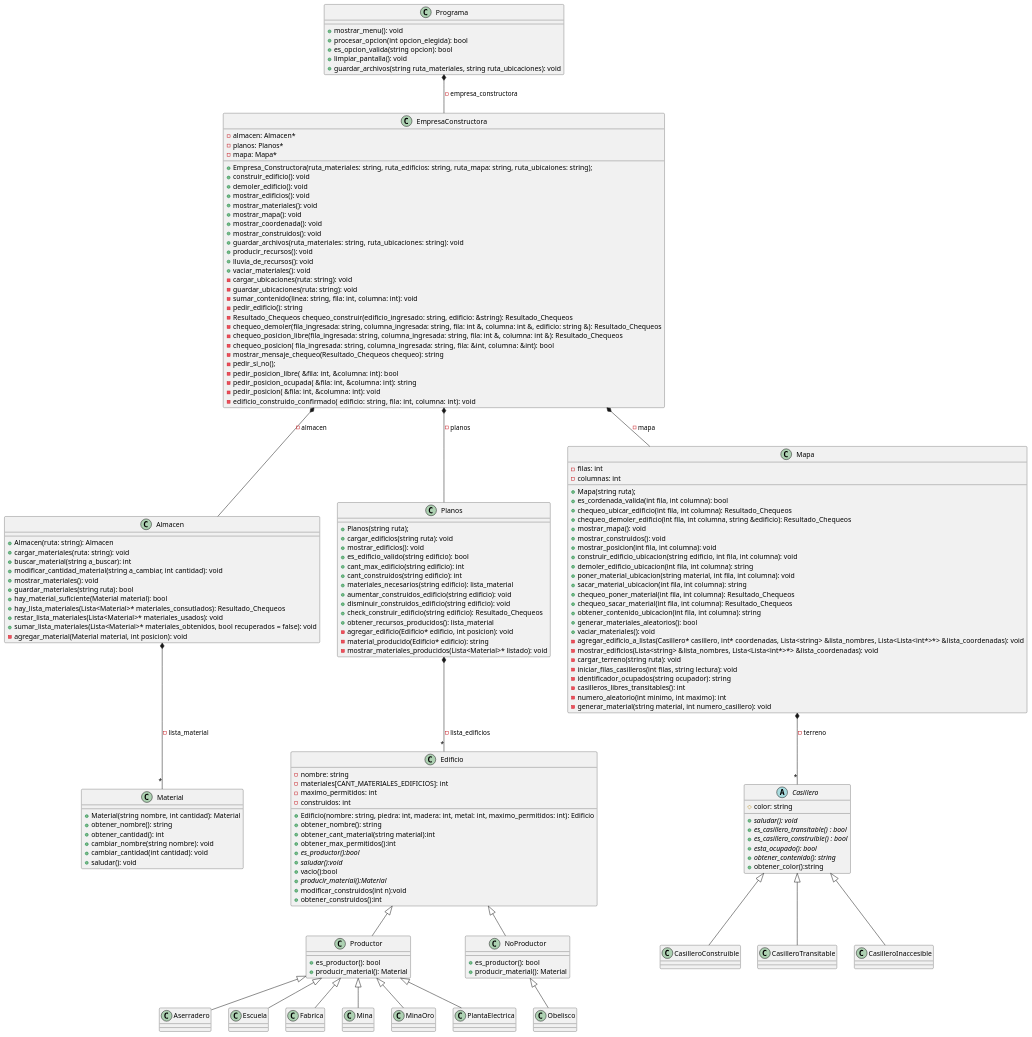
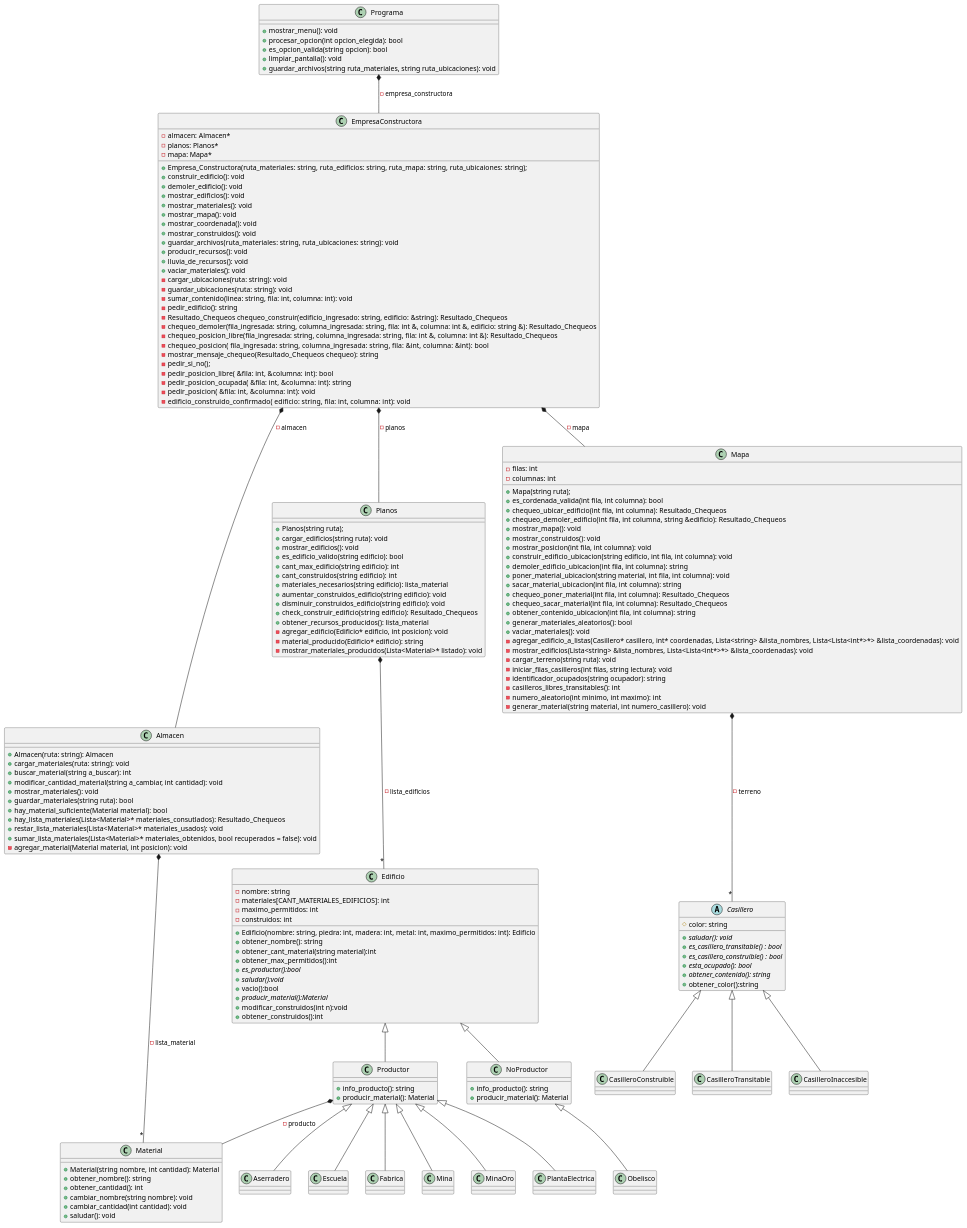
The diagram in TP3.wsd (jab227/TP3_Andypolis), drawn with PlantUML before and after one commit.

Commit message:
Actualizacion UML. Productor y No_Productor

```diff
--- a/TP3.wsd
+++ b/TP3.wsd
@@ -1,174 +1,180 @@
 @startuml TP3_PerfectCell
 ' Pueden utilizar https://plantuml-editor.kkeisuke.com/ para copiar y pegar el codigo. 
 ' La pagina tiene cheatsheet para ver la sintaxis. 
 skinparam SequenceMessageAlignment center
 class Almacen{
     + Almacen(ruta: string): Almacen
     + cargar_materiales(ruta: string): void
  	+ buscar_material(string a_buscar): int
     + modificar_cantidad_material(string a_cambiar, int cantidad): void
 	+ mostrar_materiales(): void 
     + guardar_materiales(string ruta): bool
     + hay_material_suficiente(Material material): bool
     + hay_lista_materiales(Lista<Material>* materiales_consutlados): Resultado_Chequeos
     + restar_lista_materiales(Lista<Material>* materiales_usados): void
  	+ sumar_lista_materiales(Lista<Material>* materiales_obtenidos, bool recuperados = false): void
     - agregar_material(Material material, int posicion): void
 
 }
 
 abstract class Casillero{
 	 # color: string
  	+ {abstract} saludar(): void
  	+ {abstract} es_casillero_transitable() : bool
  	+ {abstract} es_casillero_construible() : bool
 	+ {abstract} esta_ocupado(): bool
 	+ {abstract} obtener_contenido(): string
  	+ obtener_color():string
 }
 
 class Edificio{
 	- nombre: string
     - materiales[CANT_MATERIALES_EDIFICIOS]: int
 	- maximo_permitidos: int
 	- construidos: int
 
  	+ Edificio(nombre: string, piedra: int, madera: int, metal: int, maximo_permitidos: int): Edificio
     + obtener_nombre(): string
 	+ obtener_cant_material(string material):int
     + obtener_max_permitidos():int
 	+ {abstract} es_productor():bool
     + {abstract} saludar():void
     + vacio():bool
 	+ {abstract} producir_material():Material
 	+ modificar_construidos(int n):void
     + obtener_construidos():int
 
 }
 class EmpresaConstructora{
     - almacen: Almacen*
     - planos: Planos*
 	- mapa: Mapa*
 	+Empresa_Constructora(ruta_materiales: string, ruta_edificios: string, ruta_mapa: string, ruta_ubicaiones: string);
 	+ construir_edificio(): void
     + demoler_edificio(): void
 	+ mostrar_edificios(): void
 	+ mostrar_materiales(): void
 	+ mostrar_mapa(): void
 	+ mostrar_coordenada(): void
 	+ mostrar_construidos(): void
 	+ guardar_archivos(ruta_materiales: string, ruta_ubicaciones: string): void
     + producir_recursos(): void
     + lluvia_de_recursos(): void
     + vaciar_materiales(): void
     -cargar_ubicaciones(ruta: string): void
 	-guardar_ubicaciones(ruta: string): void
     -sumar_contenido(linea: string, fila: int, columna: int): void
 	-pedir_edificio(): string
 	-Resultado_Chequeos chequeo_construir(edificio_ingresado: string, edificio: &string): Resultado_Chequeos 
 	-chequeo_demoler(fila_ingresada: string, columna_ingresada: string, fila: int &, columna: int &, edificio: string &): Resultado_Chequeos
 	-chequeo_posicion_libre(fila_ingresada: string, columna_ingresada: string, fila: int &, columna: int &): Resultado_Chequeos
 	-chequeo_posicion( fila_ingresada: string,  columna_ingresada: string,  fila: &int, columna: &int): bool
 	-mostrar_mensaje_chequeo(Resultado_Chequeos chequeo): string
 	-pedir_si_no();
 	-pedir_posicion_libre( &fila: int,  &columna: int): bool
 	-pedir_posicion_ocupada( &fila: int,  &columna: int): string
 	-pedir_posicion( &fila: int,  &columna: int): void
     -edificio_construido_confirmado( edificio: string,  fila: int,  columna: int): void
 }
 class Planos{
     + Planos(string ruta);
 	+  cargar_edificios(string ruta): void
  	+  mostrar_edificios(): void
 	+  es_edificio_valido(string edificio): bool
 	+  cant_max_edificio(string edificio): int
     +  cant_construidos(string edificio): int
     +  materiales_necesarios(string edificio): lista_material
 	+ aumentar_construidos_edificio(string edificio): void
 	+ disminuir_construidos_edificio(string edificio): void
 	+ check_construir_edificio(string edificio): Resultado_Chequeos
 	+ obtener_recursos_producidos(): lista_material
 	- agregar_edificio(Edificio* edificio, int posicion): void
 	- material_producido(Edificio* edificio): string
 	- mostrar_materiales_producidos(Lista<Material>* listado): void
 }
 
 class Mapa{
 	- filas: int
     - columnas: int
 
 	+Mapa(string ruta);
     +es_cordenada_valida(int fila, int columna): bool
     + chequeo_ubicar_edificio(int fila, int columna): Resultado_Chequeos
 	+ chequeo_demoler_edificio(int fila, int columna, string &edificio): Resultado_Chequeos
     + mostrar_mapa(): void
     + mostrar_construidos(): void
 	+ mostrar_posicion(int fila, int columna): void
 	+ construir_edificio_ubicacion(string edificio, int fila, int columna): void
     + demoler_edificio_ubicacion(int fila, int columna): string
     + poner_material_ubicacion(string material, int fila, int columna): void
     + sacar_material_ubicacion(int fila, int columna): string
 	+ chequeo_poner_material(int fila, int columna): Resultado_Chequeos
 	+ chequeo_sacar_material(int fila, int columna): Resultado_Chequeos
 	+ obtener_contenido_ubicacion(int fila, int columna): string
 	+ generar_materiales_aleatorios(): bool
 	+ vaciar_materiales(): void
     - agregar_edificio_a_listas(Casillero* casillero, int* coordenadas, Lista<string> &lista_nombres, Lista<Lista<int*>*> &lista_coordenadas): void
 	- mostrar_edificios(Lista<string> &lista_nombres, Lista<Lista<int*>*> &lista_coordenadas): void
 	- cargar_terreno(string ruta): void
 	- iniciar_filas_casilleros(int filas, string lectura): void
 	- identificador_ocupados(string ocupador): string
 	- casilleros_libres_transitables(): int
 	- numero_aleatorio(int minimo, int maximo): int
 	- generar_material(string material, int numero_casillero): void
 }
 
 class Material{
 	+ Material(string nombre, int cantidad): Material
 	+ obtener_nombre(): string
 	+ obtener_cantidad(): int
 	+ cambiar_nombre(string nombre): void
 	+ cambiar_cantidad(int cantidad): void
 	+ saludar(): void
 }
 
 class Programa{
 	+ mostrar_menu(): void
 	+ procesar_opcion(int opcion_elegida): bool
 	+ es_opcion_valida(string opcion): bool
 	+ limpiar_pantalla(): void
 	+ guardar_archivos(string ruta_materiales, string ruta_ubicaciones): void
 }
 
 class Productor{
-    + es_productor(): bool
+	+ info_producto(): string
     + producir_material(): Material
 }
 class NoProductor{
-    + es_productor(): bool
+	+ info_producto(): string
     + producir_material(): Material
 }
 
 ' RELACIONES '
+Programa *-- EmpresaConstructora: - empresa_constructora
+
 EmpresaConstructora *-- Planos: - planos
 EmpresaConstructora *-- Almacen: - almacen
 EmpresaConstructora *-- Mapa: - mapa
+
 Almacen *--"*" Material: - lista_material
 Planos *--"*" Edificio: - lista_edificios
 Mapa *--"*" Casillero: - terreno
-Programa *-- EmpresaConstructora: - empresa_constructora
 
 Casillero <|-- CasilleroConstruible
 Casillero <|-- CasilleroTransitable
 Casillero <|-- CasilleroInaccesible
+
+Edificio <|-- NoProductor
+Edificio <|-- Productor
+
+Productor *-- Material: - producto
 
 Productor <|-- Aserradero
 Productor <|-- Escuela
 Productor <|-- Fabrica
 Productor <|-- Mina
 Productor <|-- MinaOro
-Edificio <|-- NoProductor
+Productor <|-- PlantaElectrica
 NoProductor <|-- Obelisco
-Productor <|-- PlantaElectrica
-Edificio <|-- Productor
+
 @enduml
```
